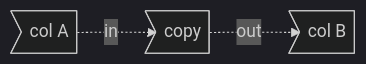
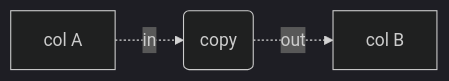
One commit to Heinzad/heinzad.github.io changed the diagram in _posts/2022-11-02-column-transformations-with-t-sql.md. Above: the diagram before and after it, drawn with Mermaid (dark theme).

Commit message:
Post 20221102 commit 0927

````diff
--- a/_posts/2022-11-02-column-transformations-with-t-sql.md
+++ b/_posts/2022-11-02-column-transformations-with-t-sql.md
@@ -11,5 +11,5 @@
 ```mermaid 
 graph LR; 
-A>col A]-.->|in| T>copy]; 
-T-.->|out| B>col B];
+A[col A]-.->|in| T(copy); 
+T-.->|out| B[col B];
 ``` 
````
